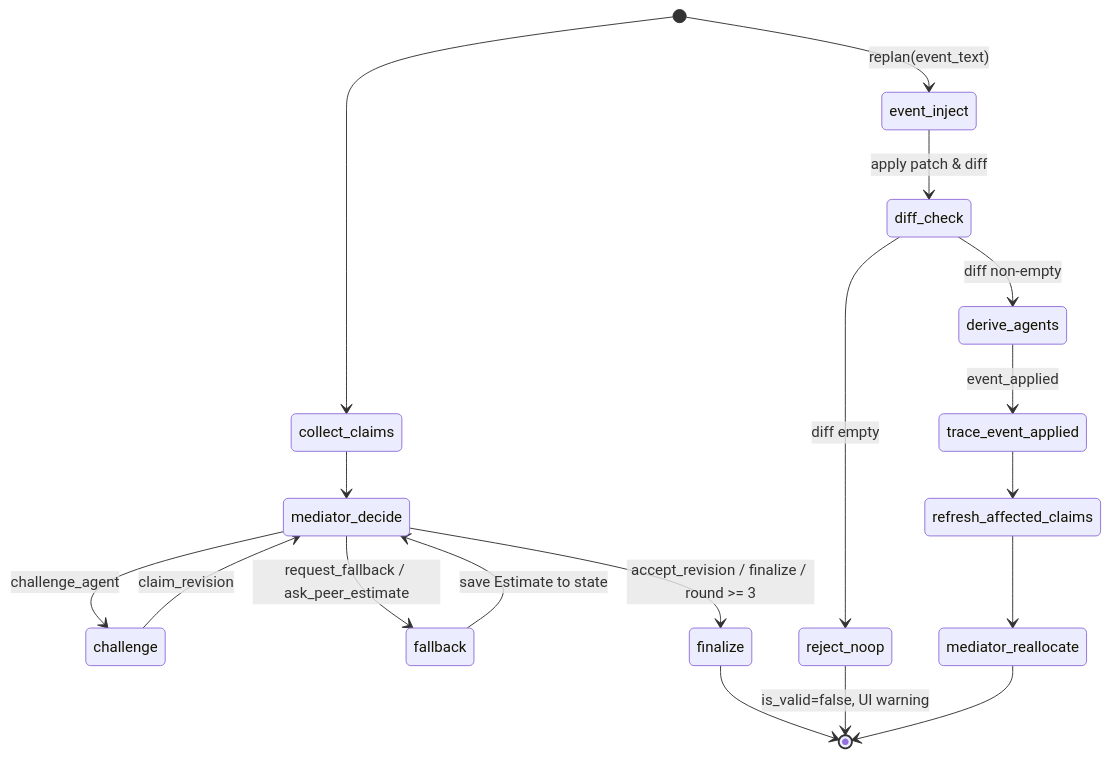
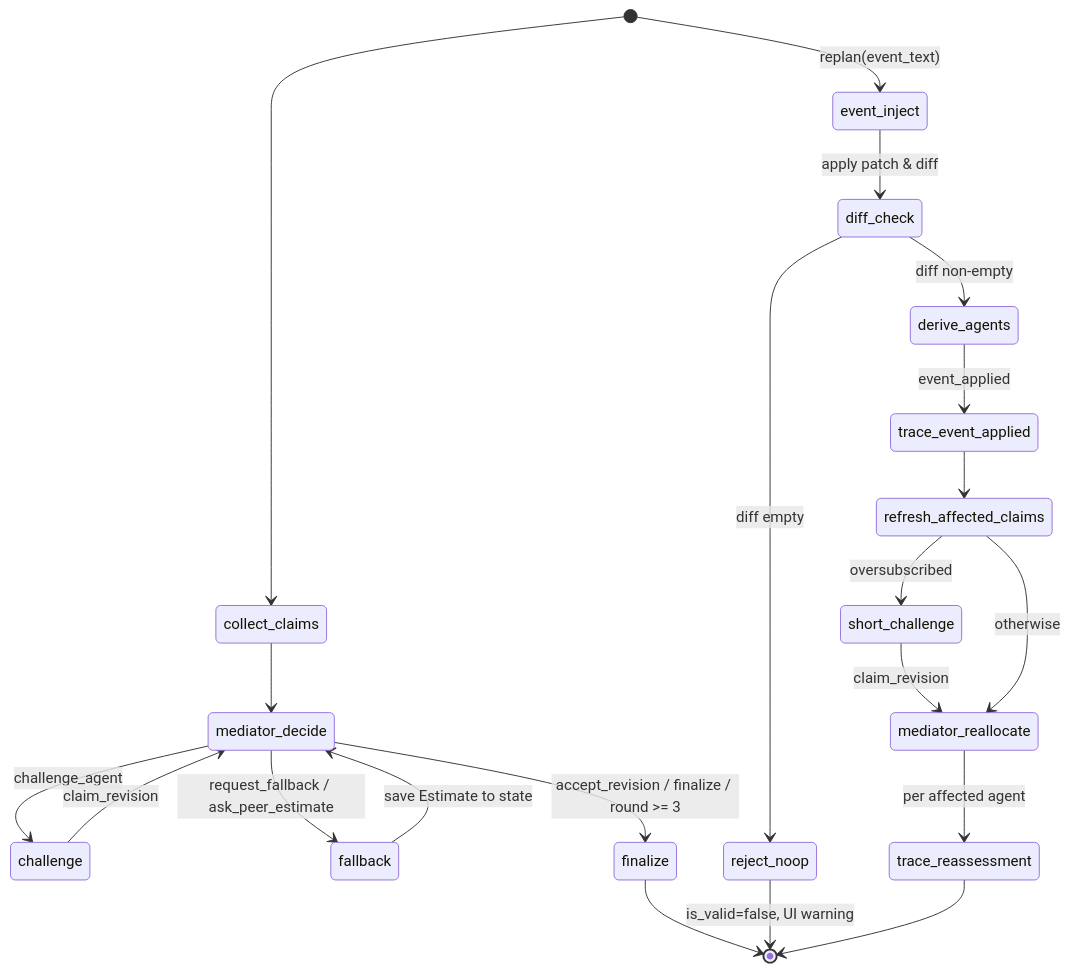
One commit to Sreenair-1/Disaster_Relief_Resource_Negotiator changed the second of 2 diagrams in docs/DESIGN.md. Above: the diagram before and after it, drawn with Mermaid. The commit also changed other lines of this file and 11 other files, not shown here.

````diff
--- a/docs/DESIGN.md
+++ b/docs/DESIGN.md
@@ -188,20 +197,23 @@
 ```mermaid
 stateDiagram-v2
   [*] --> collect_claims
   collect_claims --> mediator_decide
   mediator_decide --> challenge: challenge_agent
   mediator_decide --> fallback: request_fallback / ask_peer_estimate
   mediator_decide --> finalize: accept_revision / finalize / round >= 3
   challenge --> mediator_decide: claim_revision
   fallback --> mediator_decide: save Estimate to state
   finalize --> [*]
   [*] --> event_inject: replan(event_text)
   event_inject --> diff_check: apply patch & diff
   diff_check --> reject_noop: diff empty
   diff_check --> derive_agents: diff non-empty
   reject_noop --> [*]: is_valid=false, UI warning
   derive_agents --> trace_event_applied: event_applied
   trace_event_applied --> refresh_affected_claims
-  refresh_affected_claims --> mediator_reallocate
-  mediator_reallocate --> [*]
+  refresh_affected_claims --> short_challenge: oversubscribed
+  short_challenge --> mediator_reallocate: claim_revision
+  refresh_affected_claims --> mediator_reallocate: otherwise
+  mediator_reallocate --> trace_reassessment: per affected agent
+  trace_reassessment --> [*]
 ```
````
